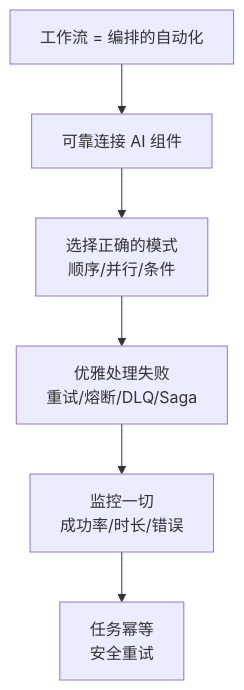
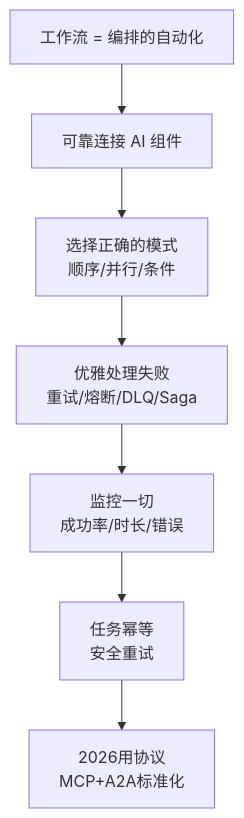
Before and after one commit to CloudManHQ/CloudMaster: diagram 17 of 17 in docs/07_AI_Engineering/AI_Workflow/Workflow-in-nutshell.md, drawn with Mermaid. The commit also changed other lines of this file and 106 other files, not shown here.

````diff
--- a/docs/07_AI_Engineering/AI_Workflow/Workflow-in-nutshell.md
+++ b/docs/07_AI_Engineering/AI_Workflow/Workflow-in-nutshell.md
@@ -840,8 +992,9 @@
 ```mermaid
 flowchart TB
     A[工作流 = 编排的自动化] --> B[可靠连接 AI 组件]
     B --> C[选择正确的模式<br/>顺序/并行/条件]
     C --> D[优雅处理失败<br/>重试/熔断/DLQ/Saga]
     D --> E[监控一切<br/>成功率/时长/错误]
     E --> F[任务幂等<br/>安全重试]
+    F --> G[2026用协议<br/>MCP+A2A标准化]
 ```
````
